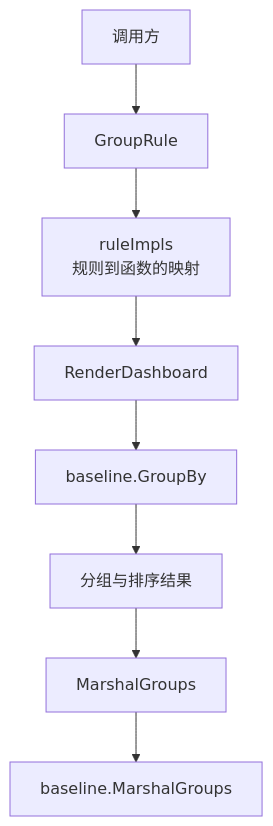
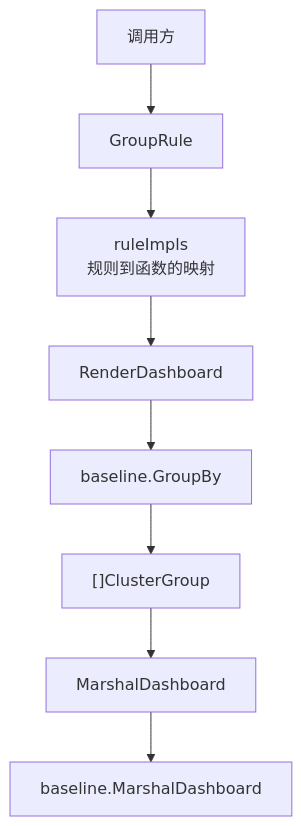
The diagram in datadriven/README.md (musicalzhu/dashboardService), drawn with Mermaid before and after one commit. The commit also changed other lines of this file and 27 other files, not shown here.

````diff
--- a/datadriven/README.md
+++ b/datadriven/README.md
@@ -25,10 +25,10 @@
 ```mermaid
 flowchart TD
     Caller["调用方"] --> Rule["GroupRule"]
     Rule --> Table["ruleImpls<br/>规则到函数的映射"]
     Table --> Dispatch["RenderDashboard"]
     Dispatch --> Core["baseline.GroupBy"]
-    Core --> Groups["分组与排序结果"]
-    Groups --> JSON["MarshalGroups"]
-    JSON --> Encoder["baseline.MarshalGroups"]
+    Core --> Groups["[]ClusterGroup"]
+    Groups --> JSON["MarshalDashboard"]
+    JSON --> Encoder["baseline.MarshalDashboard"]
 ```
````
